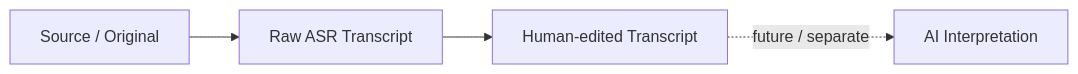
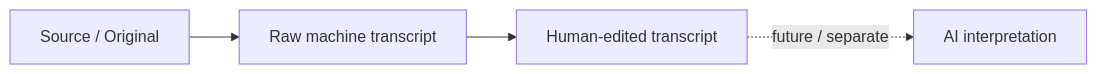
The first of 2 diagrams in README.md (Zion8a/evidence-transcriber), drawn with Mermaid before and after one commit. The commit also changed other lines of this file and 1 other file, not shown here.

````diff
--- a/README.md
+++ b/README.md
@@ -38,6 +49,6 @@
 ```mermaid
 flowchart LR
-    A["Source / Original"] --> B["Raw ASR Transcript"]
-    B --> C["Human-edited Transcript"]
-    C -. "future / separate" .-> D["AI Interpretation"]
+    A["Source / Original"] --> B["Raw machine transcript"]
+    B --> C["Human-edited transcript"]
+    C -. "future / separate" .-> D["AI interpretation"]
 ```
````
